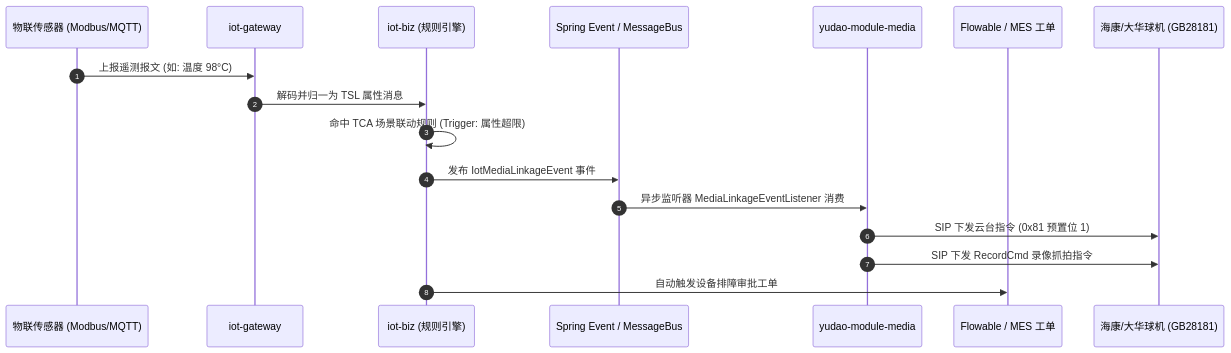
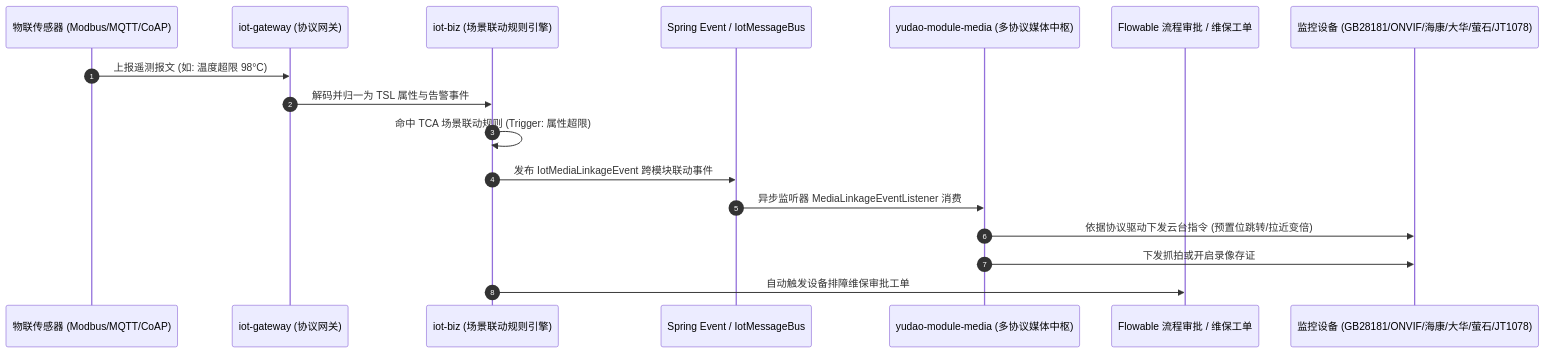
Before and after one commit to MzMedia/MzMedia: the third of 3 diagrams in AGENT.md, drawn with Mermaid. The commit also changed other lines of this file and 3 other files, not shown here.

````diff
--- a/AGENT.md
+++ b/AGENT.md
@@ -310,20 +482,20 @@
 ```mermaid
 sequenceDiagram
     autonumber
-    participant Sensor as 物联传感器 (Modbus/MQTT)
-    participant Gateway as iot-gateway
-    participant Biz as iot-biz (规则引擎)
-    participant EventBus as Spring Event / MessageBus
-    participant Media as yudao-module-media
-    participant Flowable as Flowable / MES 工单
-    participant Camera as 海康/大华球机 (GB28181)
+    participant Sensor as 物联传感器 (Modbus/MQTT/CoAP)
+    participant Gateway as iot-gateway (协议网关)
+    participant Biz as iot-biz (场景联动规则引擎)
+    participant EventBus as Spring Event / IotMessageBus
+    participant Media as yudao-module-media (多协议媒体中枢)
+    participant Flowable as Flowable 流程审批 / 维保工单
+    participant Camera as 监控设备 (GB28181/ONVIF/海康/大华/萤石/JT1078)
 
-    Sensor->>Gateway: 上报遥测报文 (如: 温度 98°C)
-    Gateway->>Biz: 解码并归一为 TSL 属性消息
+    Sensor->>Gateway: 上报遥测报文 (如: 温度超限 98°C)
+    Gateway->>Biz: 解码并归一为 TSL 属性与告警事件
     Biz->>Biz: 命中 TCA 场景联动规则 (Trigger: 属性超限)
-    Biz->>EventBus: 发布 IotMediaLinkageEvent 事件
+    Biz->>EventBus: 发布 IotMediaLinkageEvent 跨模块联动事件
     EventBus->>Media: 异步监听器 MediaLinkageEventListener 消费
-    Media->>Camera: SIP 下发云台指令 (0x81 预置位 1)
-    Media->>Camera: SIP 下发 RecordCmd 录像抓拍指令
-    Biz->>Flowable: 自动触发设备排障审批工单
+    Media->>Camera: 依据协议驱动下发云台指令 (预置位跳转/拉近变倍)
+    Media->>Camera: 下发抓拍或开启录像存证
+    Biz->>Flowable: 自动触发设备排障维保审批工单
 ```
````
